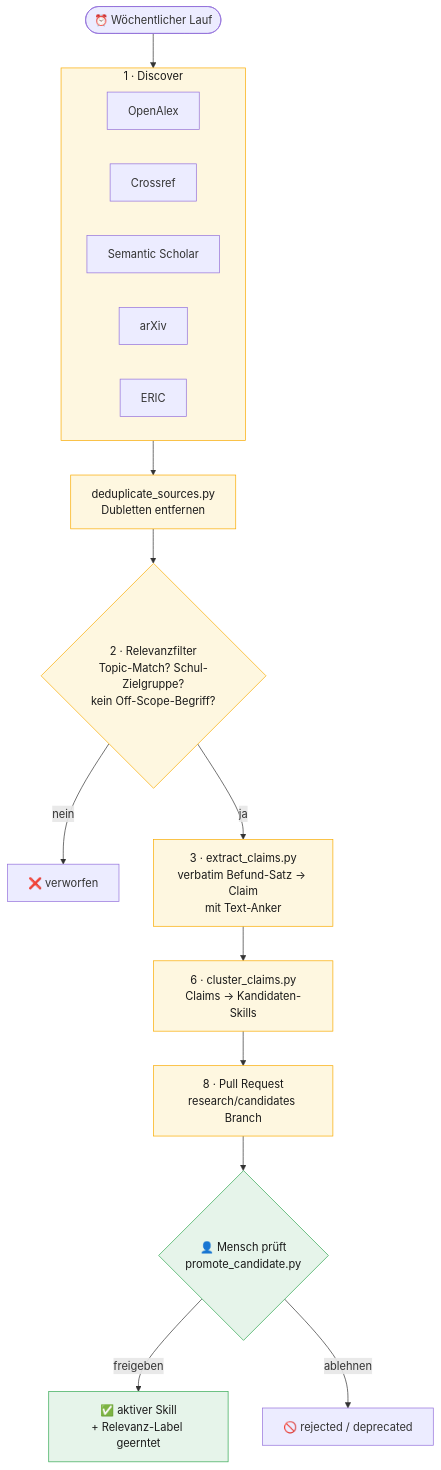
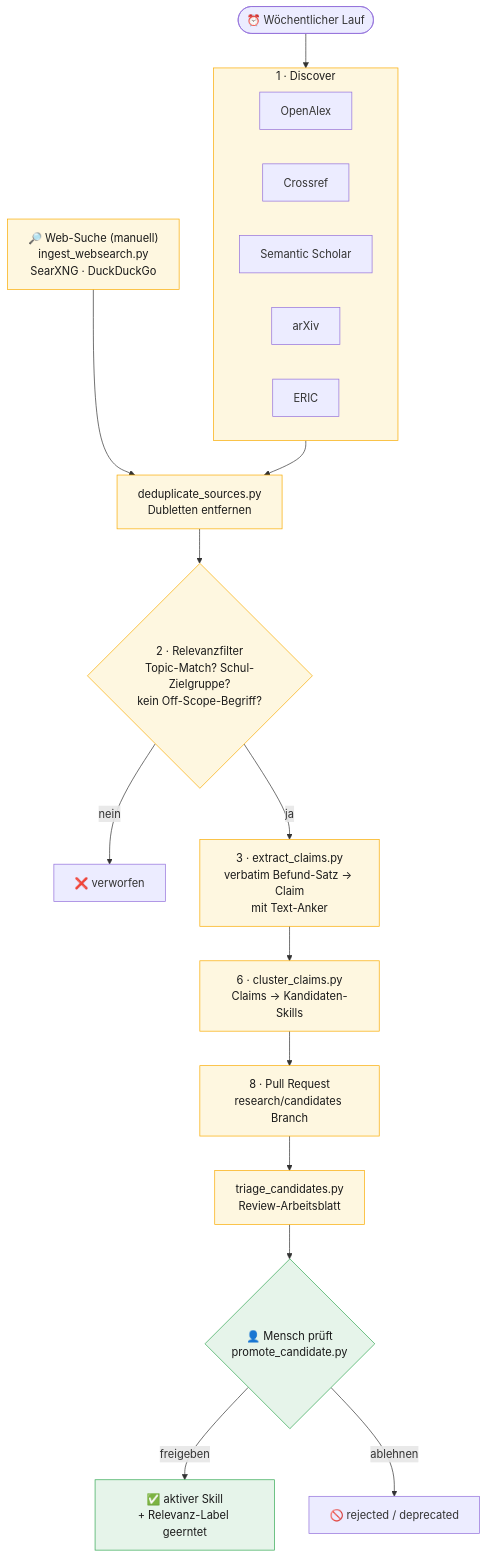
Before and after one commit to malkreide/future-skills-evidence-graph: the third of 7 diagrams in docs/architektur.md, drawn with Mermaid. The commit also changed other lines of this file and 1 other file, not shown here.

First line of the commit message:
docs: Architektur-Seite auf Web-Suche + Triage nachziehen

````diff
--- a/docs/architektur.md
+++ b/docs/architektur.md
@@ -123,26 +131,29 @@
 ```mermaid
 flowchart TD
     START([⏰ Wöchentlicher Lauf]) --> ING
 
     subgraph ING["1 · Discover"]
         OA[OpenAlex] & CR[Crossref] & SS[Semantic Scholar] & AX[arXiv] & ER[ERIC]
     end
+
+    WEB["🔎 Web-Suche (manuell)<br/>ingest_websearch.py<br/>SearXNG · DuckDuckGo"] --> DEDUP
 
     ING --> DEDUP[deduplicate_sources.py<br/>Dubletten entfernen]
     DEDUP --> FILTER{2 · Relevanzfilter<br/>Topic-Match? Schul-Zielgruppe?<br/>kein Off-Scope-Begriff?}
 
     FILTER -->|nein| DROP[❌ verworfen]
     FILTER -->|ja| EXTRACT[3 · extract_claims.py<br/>verbatim Befund-Satz → Claim<br/>mit Text-Anker]
 
     EXTRACT --> CLUSTER[6 · cluster_claims.py<br/>Claims → Kandidaten-Skills]
     CLUSTER --> PR[8 · Pull Request<br/>research/candidates Branch]
 
-    PR --> REVIEW{👤 Mensch prüft<br/>promote_candidate.py}
+    PR --> TRIAGE[triage_candidates.py<br/>Review-Arbeitsblatt]
+    TRIAGE --> REVIEW{👤 Mensch prüft<br/>promote_candidate.py}
     REVIEW -->|freigeben| ACTIVE[✅ aktiver Skill<br/>+ Relevanz-Label geerntet]
     REVIEW -->|ablehnen| REJECT[🚫 rejected / deprecated]
 
     classDef machine fill:#fef7e0,stroke:#f9ab00,color:#1a1a1a;
     classDef human fill:#e6f4ea,stroke:#34a853,color:#1a1a1a;
-    class ING,DEDUP,FILTER,EXTRACT,CLUSTER,PR machine;
+    class ING,DEDUP,FILTER,EXTRACT,CLUSTER,PR,WEB,TRIAGE machine;
     class REVIEW,ACTIVE human;
 ```
````
